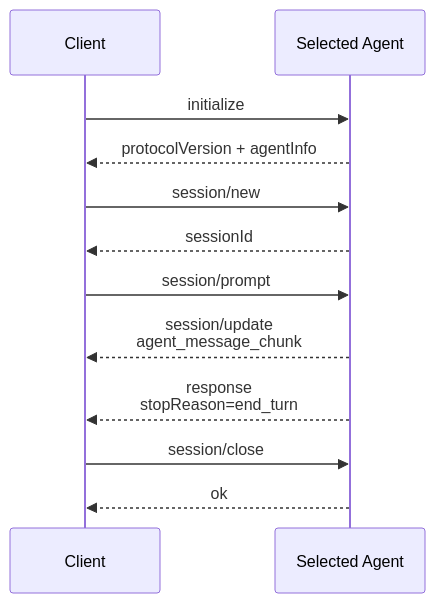
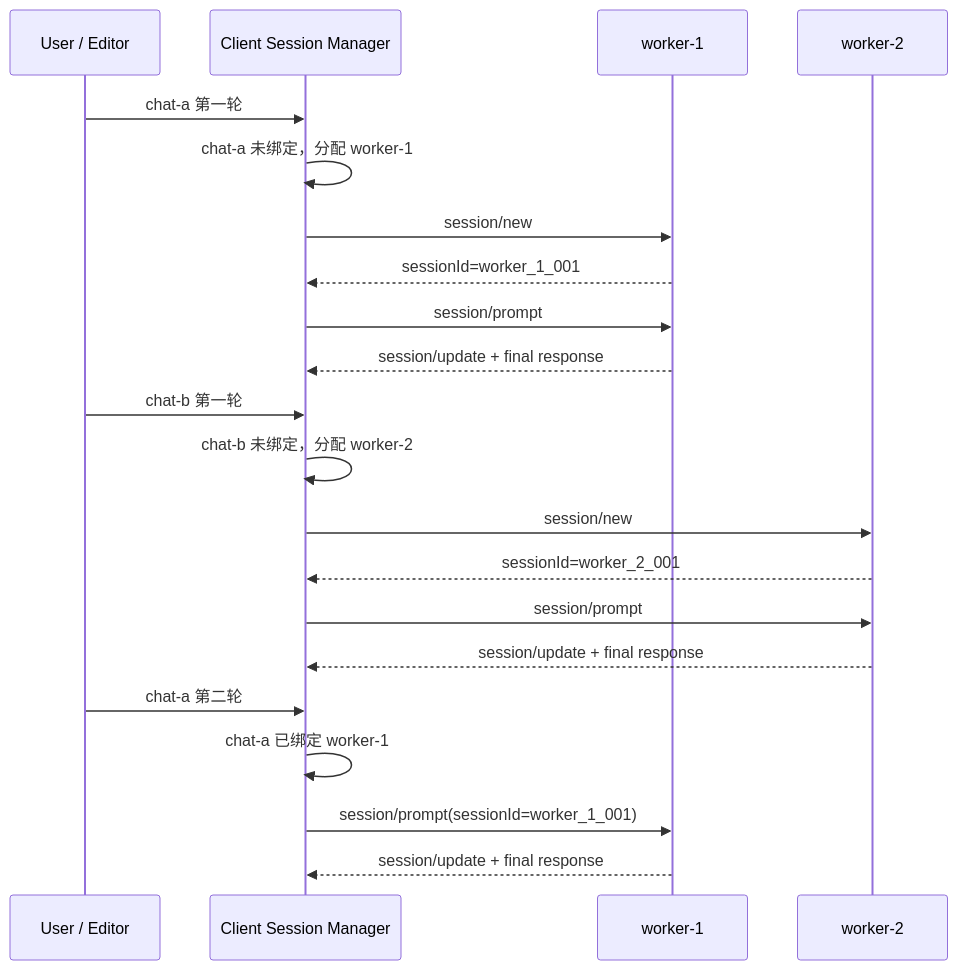
The third of 4 diagrams in docs/architecture.md (edwin2jiang/acp-multi-agent-demo), drawn with Mermaid before and after one commit. The commit also changed other lines of this file and 20 other files, not shown here.

Commit message:
Refactor demo for sticky multi-session worker pools

````diff
--- a/docs/architecture.md
+++ b/docs/architecture.md
@@ -78,15 +51,26 @@
 ```mermaid
 sequenceDiagram
-    participant C as Client
-    participant A as Selected Agent
+    participant U as User / Editor
+    participant C as Client Session Manager
+    participant W1 as worker-1
+    participant W2 as worker-2
 
-    C->>A: initialize
-    A-->>C: protocolVersion + agentInfo
-    C->>A: session/new
-    A-->>C: sessionId
-    C->>A: session/prompt
-    A-->>C: session/update<br/>agent_message_chunk
-    A-->>C: response<br/>stopReason=end_turn
-    C->>A: session/close
-    A-->>C: ok
+    U->>C: chat-a 第一轮
+    C->>C: chat-a 未绑定，分配 worker-1
+    C->>W1: session/new
+    W1-->>C: sessionId=worker_1_001
+    C->>W1: session/prompt
+    W1-->>C: session/update + final response
+
+    U->>C: chat-b 第一轮
+    C->>C: chat-b 未绑定，分配 worker-2
+    C->>W2: session/new
+    W2-->>C: sessionId=worker_2_001
+    C->>W2: session/prompt
+    W2-->>C: session/update + final response
+
+    U->>C: chat-a 第二轮
+    C->>C: chat-a 已绑定 worker-1
+    C->>W1: session/prompt(sessionId=worker_1_001)
+    W1-->>C: session/update + final response
 ```
````
